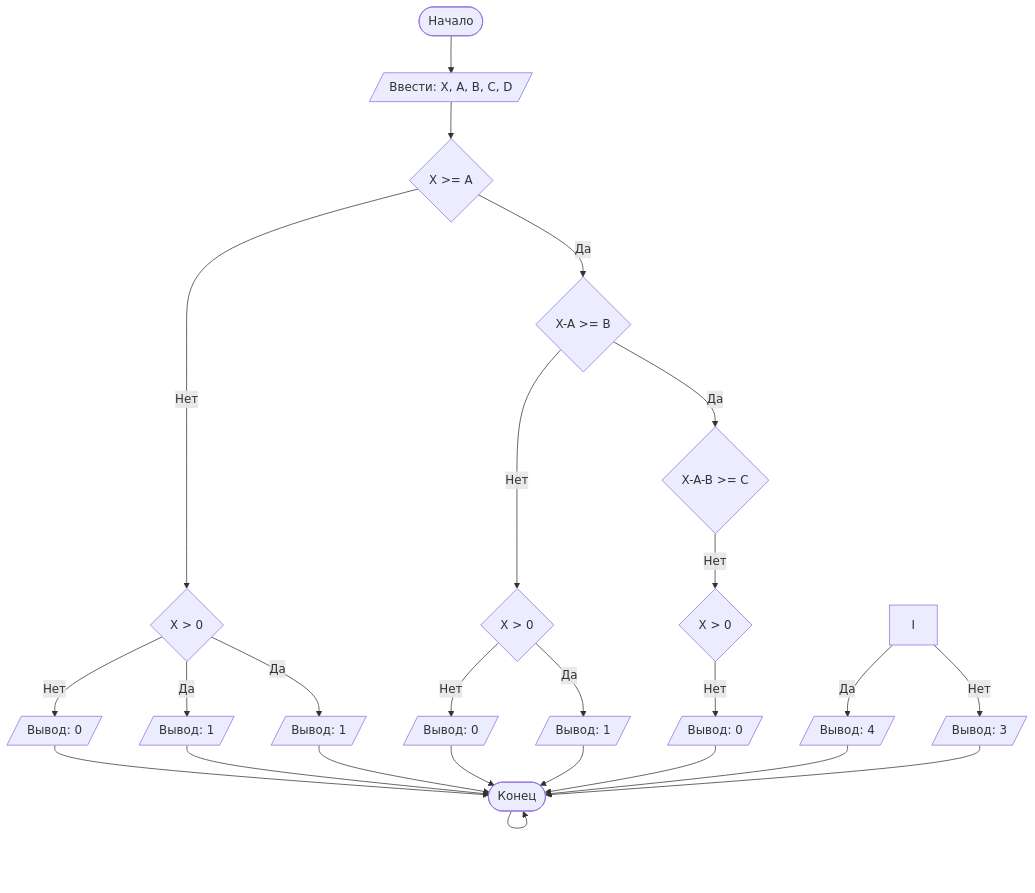
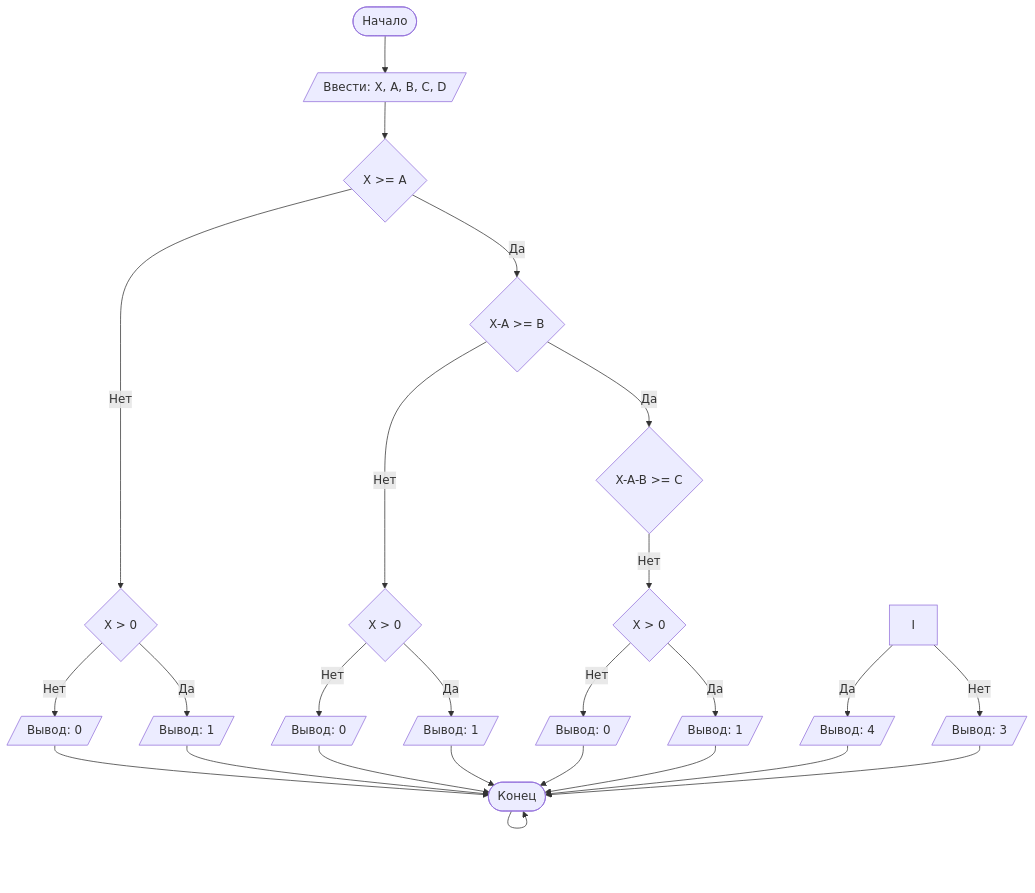
The diagram in README.md (abchaccccc/LabNumber1), drawn with Mermaid before and after one commit.

````diff
--- a/README.md
+++ b/README.md
@@ -97,29 +97,29 @@
 ```mermaid
 graph TD
     A([Начало]) --> B[/Ввести: X, A, B, C, D/]
     B --> C{X >= A}
     C -- Нет --> D{X > 0}
     D -- Нет --> M[/Вывод: 0/]
     D -- Да --> N[/Вывод: 1/]
     C -- Да --> E{X-A >= B}
     E -- Нет --> V{X > 0}
     V -- Нет --> L[/Вывод: 0/]
     V -- Да --> X[/Вывод: 1/]
     E -- Да --> G{X-A-B >= C}
     G -- Нет --> P{X > 0}
     P -- Нет --> H[/Вывод: 0/]
-    D -- Да --> R[/Вывод: 1/]
+    P -- Да --> R[/Вывод: 1/]
     I -- Да --> J[/Вывод: 4/]
     I -- Нет --> U[/Вывод: 3/]
     X --> Z
     M --> Z
     N --> Z
     Z --> Z
     H --> Z
     R --> Z
     U --> Z
     L --> Z
     J --> Z([Конец])
     
 
 ```
````
